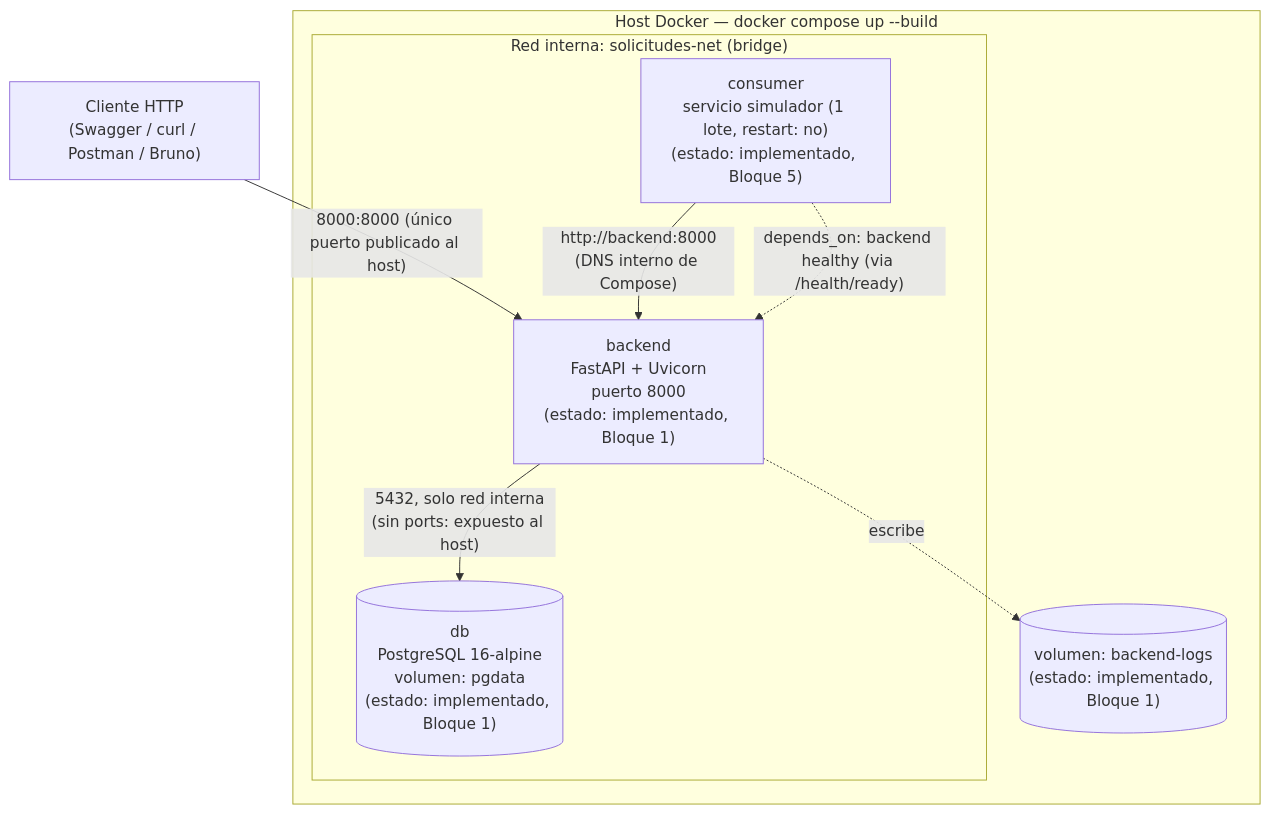
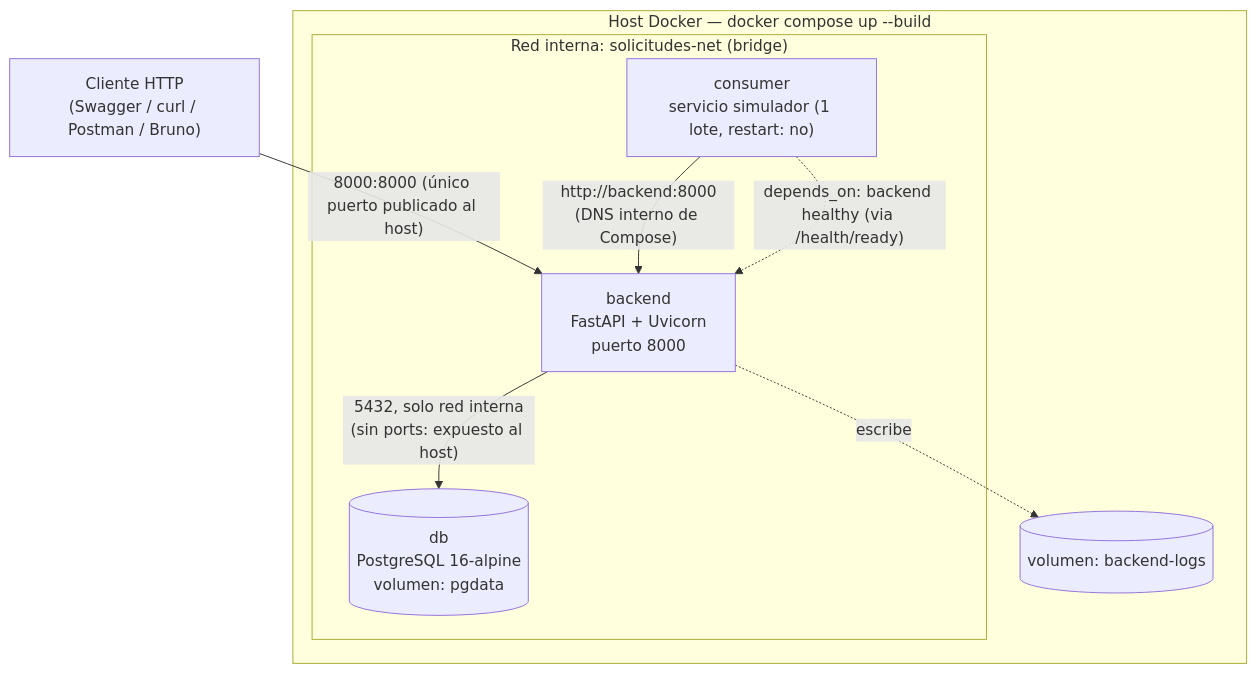
One commit to ricardomb-tech/solicitudes-backend-api changed the second of 6 diagrams in docs/ARQUITECTURA.md. Above: the diagram before and after it, drawn with Mermaid. The commit also changed other lines of this file and 6 other files, not shown here.

````diff
--- a/docs/ARQUITECTURA.md
+++ b/docs/ARQUITECTURA.md
@@ -34,19 +33,19 @@
 ```mermaid
 flowchart TB
     subgraph host["Host Docker — docker compose up --build"]
         subgraph net["Red interna: solicitudes-net (bridge)"]
-            backend["backend\nFastAPI + Uvicorn\npuerto 8000\n(estado: implementado, Bloque 1)"]
-            db[("db\nPostgreSQL 16-alpine\nvolumen: pgdata\n(estado: implementado, Bloque 1)")]
-            consumer["consumer\nservicio simulador (1 lote, restart: no)\n(estado: implementado, Bloque 5)"]
+            backend["backend\nFastAPI + Uvicorn\npuerto 8000"]
+            db[("db\nPostgreSQL 16-alpine\nvolumen: pgdata")]
+            consumer["consumer\nservicio simulador (1 lote, restart: no)"]
         end
-        logs[("volumen: backend-logs\n(estado: implementado, Bloque 1)")]
+        logs[("volumen: backend-logs")]
     end
 
     cliente["Cliente HTTP\n(Swagger / curl / Postman / Bruno)"]
 
     cliente -- "8000:8000 (único puerto publicado al host)" --> backend
     backend -- "5432, solo red interna\n(sin ports: expuesto al host)" --> db
     backend -. escribe .-> logs
     consumer -- "http://backend:8000\n(DNS interno de Compose)" --> backend
     consumer -. "depends_on: backend healthy (via /health/ready)" .-> backend
 ```
````
